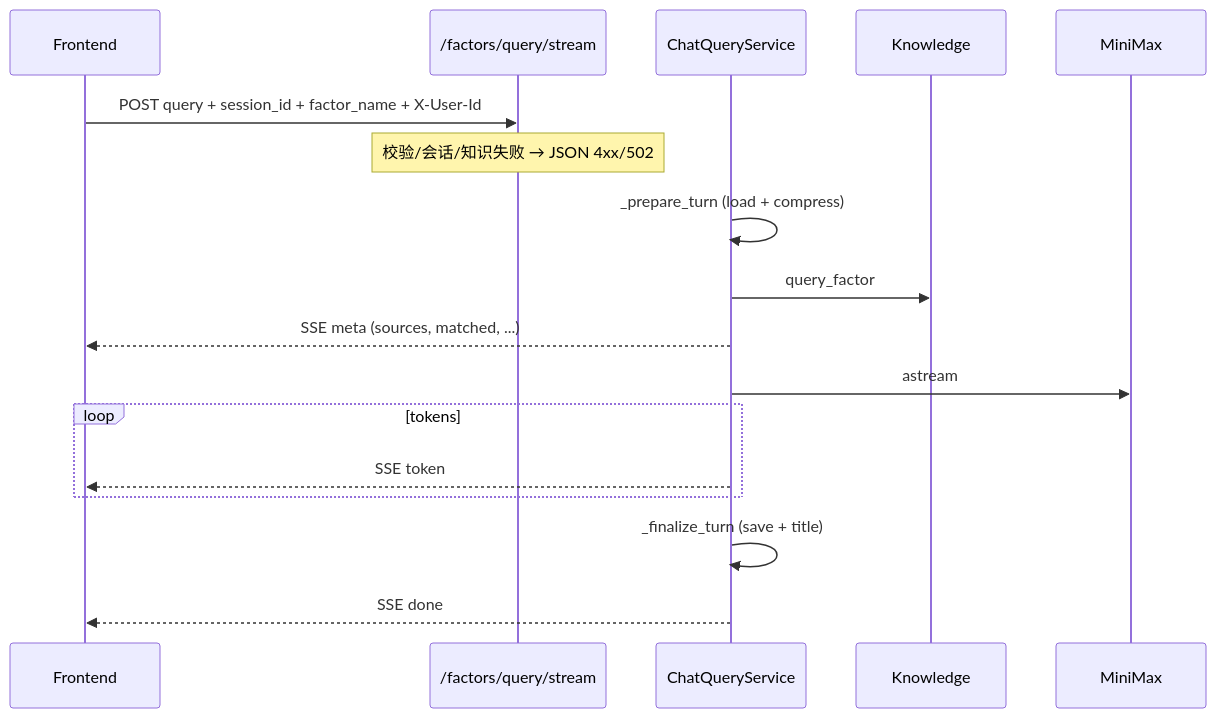
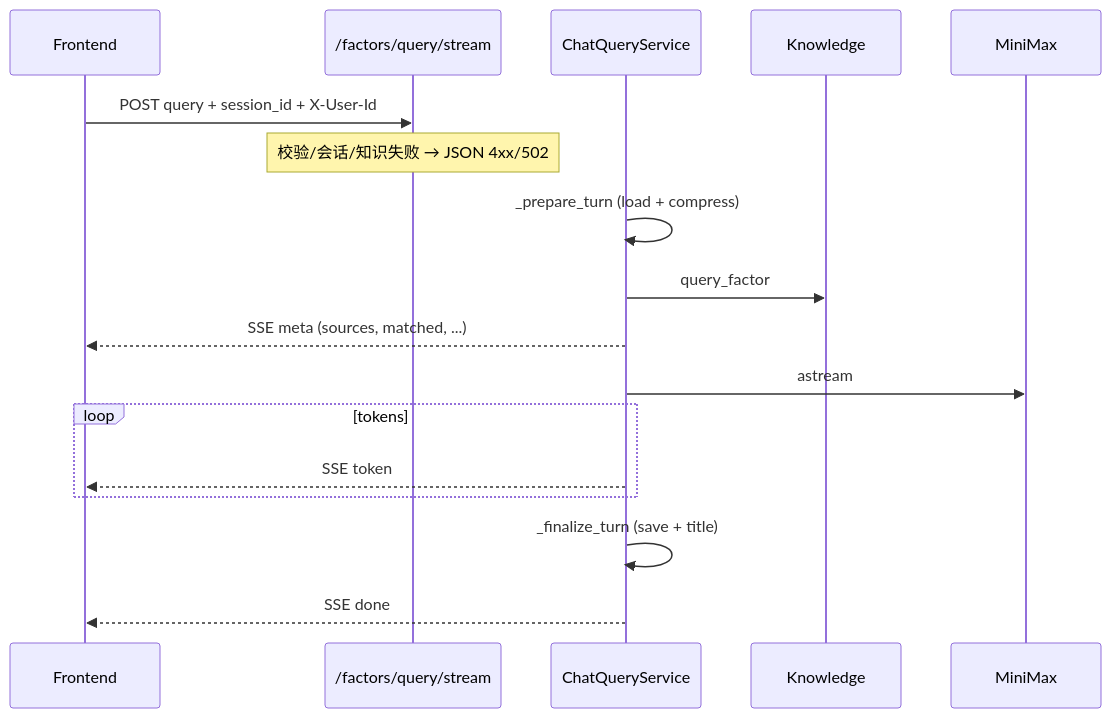
Before and after one commit to Allen619/EnviroNexus: the diagram in enviro-nexus-api/docs/superpowers/specs/2026-06-03-stream-query-design.md, drawn with Mermaid. The commit also changed other lines of this file and 19 other files, not shown here.

````diff
--- a/enviro-nexus-api/docs/superpowers/specs/2026-06-03-stream-query-design.md
+++ b/enviro-nexus-api/docs/superpowers/specs/2026-06-03-stream-query-design.md
@@ -75,20 +74,20 @@
 ```mermaid
 sequenceDiagram
   participant FE as Frontend
   participant API as /factors/query/stream
   participant CQ as ChatQueryService
   participant KS as Knowledge
   participant LLM as MiniMax
 
-  FE->>API: POST query + session_id + factor_name + X-User-Id
+  FE->>API: POST query + session_id + X-User-Id
   Note over API: 校验/会话/知识失败 → JSON 4xx/502
   CQ->>CQ: _prepare_turn (load + compress)
   CQ->>KS: query_factor
   CQ-->>FE: SSE meta (sources, matched, ...)
   CQ->>LLM: astream
   loop tokens
     CQ-->>FE: SSE token
   end
   CQ->>CQ: _finalize_turn (save + title)
   CQ-->>FE: SSE done
 ```
````
